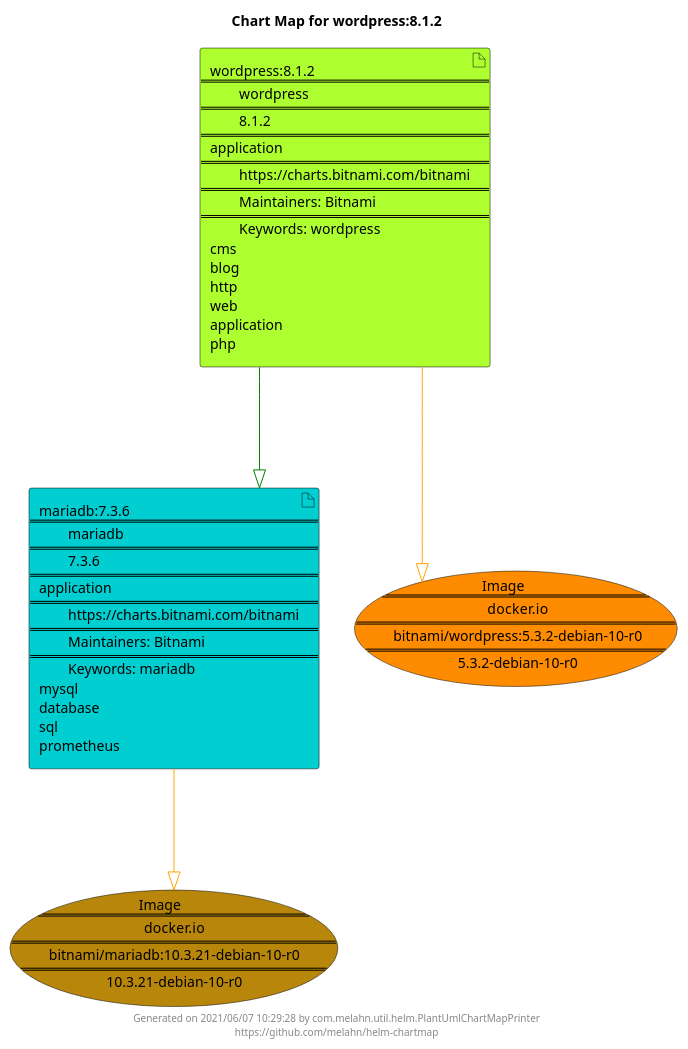
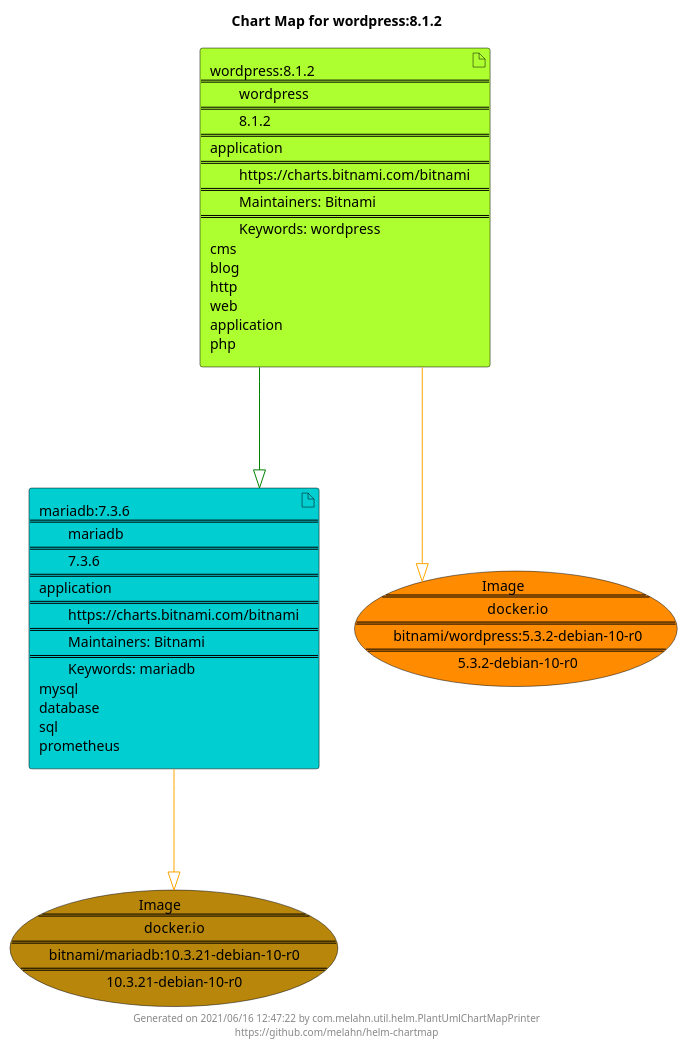
One commit to melahn/helm-chartmap changed the diagram in docs/wordpress/wordpress-8.1.2.puml. Above: the diagram before and after it, drawn with PlantUML. The commit also changed 39 other files, not shown here.

```diff
--- a/docs/wordpress/wordpress-8.1.2.puml
+++ b/docs/wordpress/wordpress-8.1.2.puml
@@ -1,25 +1,25 @@
 @startuml
 skinparam linetype ortho
 skinparam backgroundColor white
 skinparam usecaseBorderColor black
 skinparam usecaseArrowColor LightSlateGray
 skinparam artifactBorderColor black
 skinparam artifactArrowColor LightSlateGray
 
 title Chart Map for wordpress:8.1.2
 
 'There are 2 referenced Helm Charts
 artifact "mariadb:7.3.6\n====\n\tmariadb\n====\n\t7.3.6\n====\napplication\n====\n\thttps://charts.bitnami.com/bitnami\n====\n\tMaintainers: Bitnami\n====\n\tKeywords: mariadb\nmysql\ndatabase\nsql\nprometheus" as mariadb_7_3_6 #DarkTurquoise
 artifact "wordpress:8.1.2\n====\n\twordpress\n====\n\t8.1.2\n====\napplication\n====\n\thttps://charts.bitnami.com/bitnami\n====\n\tMaintainers: Bitnami\n====\n\tKeywords: wordpress\ncms\nblog\nhttp\nweb\napplication\nphp" as wordpress_8_1_2 #GreenYellow
 
 'There are 2 referenced Docker Images
 usecase "Image\n====\n\tdocker.io\n====\n\tbitnami/mariadb:10.3.21-debian-10-r0\n====\n\t10.3.21-debian-10-r0" as docker_io_bitnami_mariadb_10_3_21_debian_10_r0 #DarkGoldenRod
 usecase "Image\n====\n\tdocker.io\n====\n\tbitnami/wordpress:5.3.2-debian-10-r0\n====\n\t5.3.2-debian-10-r0" as docker_io_bitnami_wordpress_5_3_2_debian_10_r0 #Darkorange
 
 'Chart Dependencies
 wordpress_8_1_2--[#green]-|>mariadb_7_3_6
 mariadb_7_3_6--[#orange]-|>docker_io_bitnami_mariadb_10_3_21_debian_10_r0
 wordpress_8_1_2--[#orange]-|>docker_io_bitnami_wordpress_5_3_2_debian_10_r0
 
-center footer Generated on 2021/06/07 10:29:28 by com.melahn.util.helm.PlantUmlChartMapPrinter\nhttps://github.com/melahn/helm-chartmap
+center footer Generated on 2021/06/16 12:47:22 by com.melahn.util.helm.PlantUmlChartMapPrinter\nhttps://github.com/melahn/helm-chartmap
 @enduml
```
